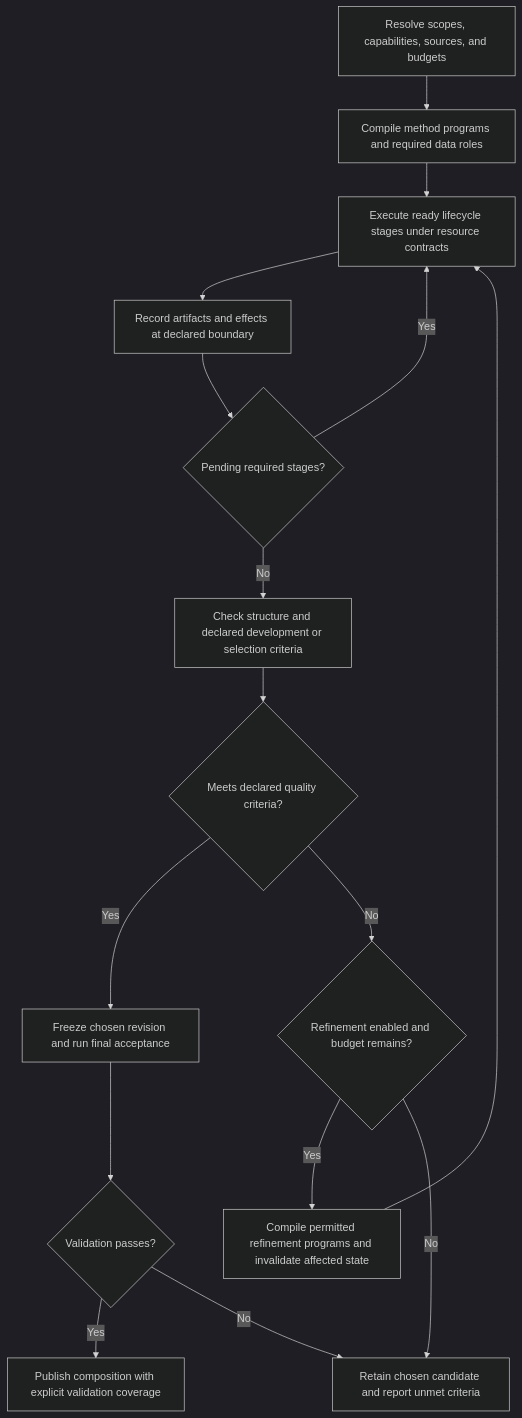
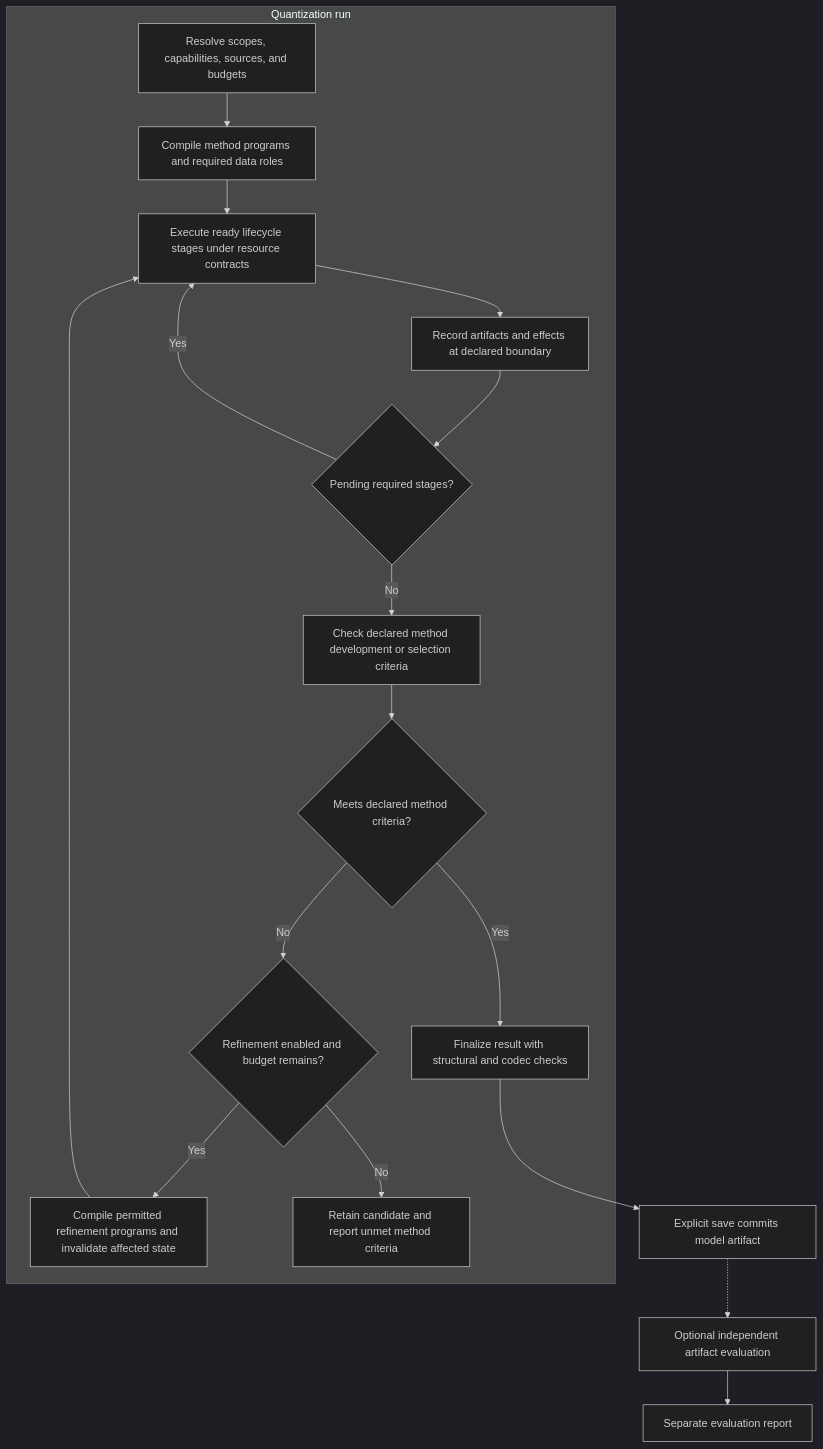
The third of 7 diagrams in docs/component-quantization-design.md (ModelCloud/GPTQModel), drawn with Mermaid (dark theme) before and after one commit. The commit also changed other lines of this file and 6 other files, not shown here.

````diff
--- a/docs/component-quantization-design.md
+++ b/docs/component-quantization-design.md
@@ -495,18 +501,20 @@
 ```mermaid
 flowchart TD
+    subgraph Q[Quantization run]
     A[Resolve scopes, capabilities, sources, and budgets] --> B[Compile method programs and required data roles]
     B --> C[Execute ready lifecycle stages under resource contracts]
     C --> D[Record artifacts and effects at declared boundary]
     D --> E{Pending required stages?}
     E -->|Yes| C
-    E -->|No| F[Check structure and declared development or selection criteria]
-    F --> G{Meets declared quality criteria?}
-    G -->|Yes| H[Freeze chosen revision and run final acceptance]
+    E -->|No| F[Check declared method development or selection criteria]
+    F --> G{Meets declared method criteria?}
+    G -->|Yes| H[Finalize result with structural and codec checks]
     G -->|No| I{Refinement enabled and budget remains?}
     I -->|Yes| J[Compile permitted refinement programs and invalidate affected state]
     J --> C
-    I -->|No| K[Retain chosen candidate and report unmet criteria]
-    H --> L{Validation passes?}
-    L -->|Yes| M[Publish composition with explicit validation coverage]
-    L -->|No| K
+    I -->|No| K[Retain candidate and report unmet method criteria]
+    end
+    H --> S[Explicit save commits model artifact]
+    S -.-> EVAL[Optional independent artifact evaluation]
+    EVAL --> R[Separate evaluation report]
 ```
````
